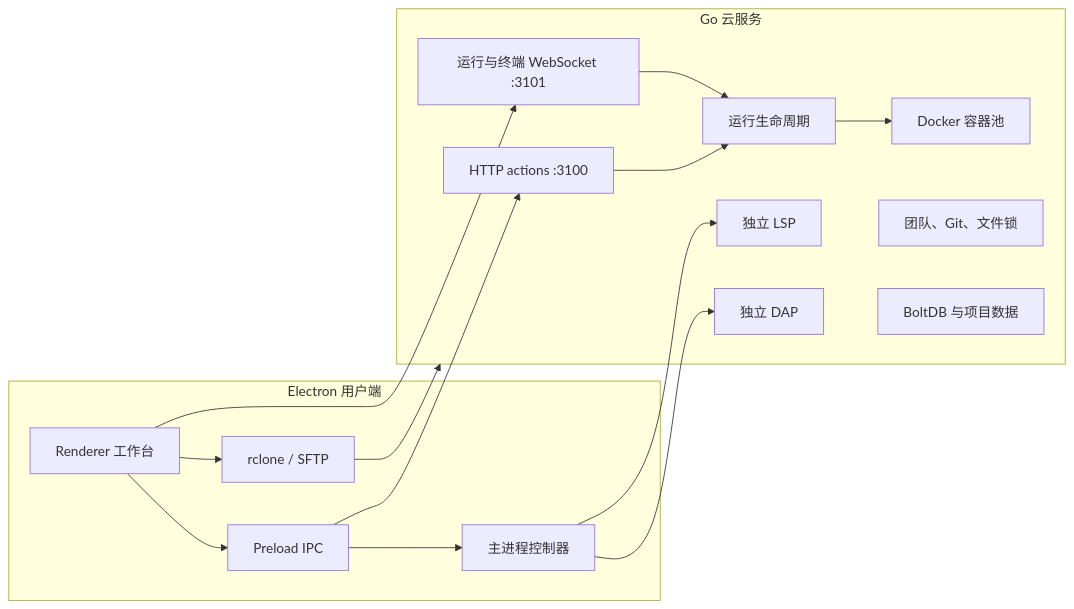
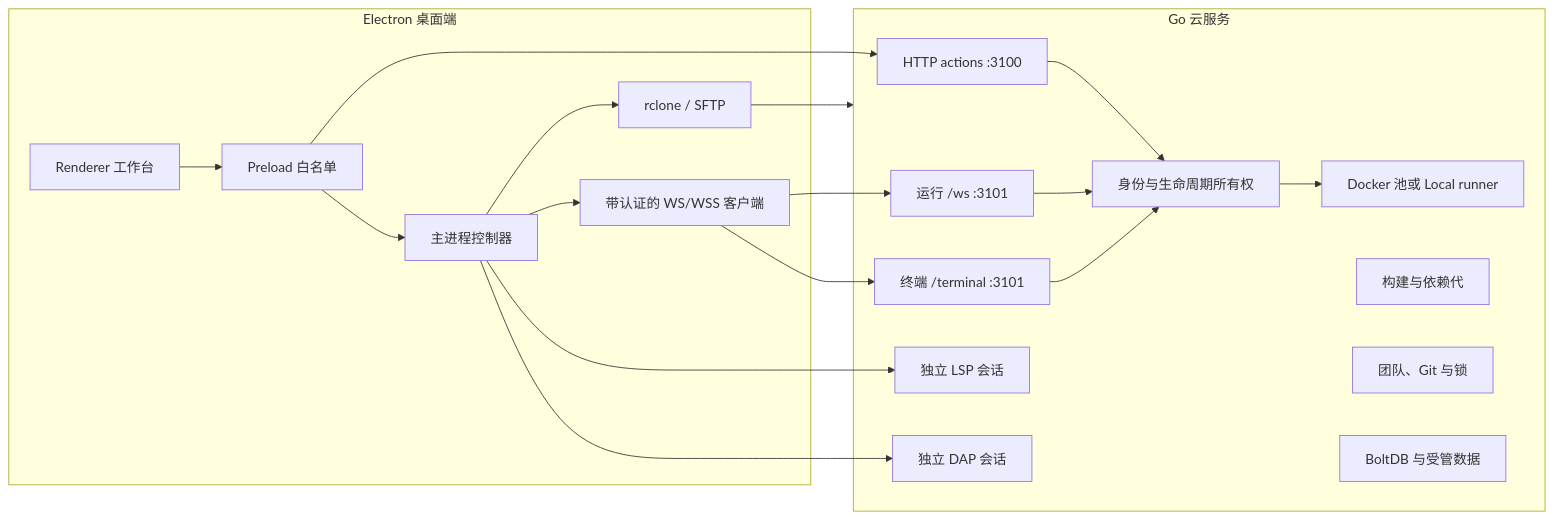
Before and after one commit to NemophilistJohn/BOBOcloud-A-cloud-based-remote-compilation-platform: the diagram in README.zh-CN.md, drawn with Mermaid. The commit also changed other lines of this file and 87 other files, not shown here.

````diff
--- a/README.zh-CN.md
+++ b/README.zh-CN.md
@@ -134,20 +193,25 @@
 ```mermaid
 flowchart LR
-  subgraph Desktop["Electron 用户端"]
-    Renderer["Renderer 工作台"] --> Preload["Preload IPC"] --> Main["主进程控制器"]
-    Renderer --> Sync["rclone / SFTP"]
+  subgraph Desktop["Electron 桌面端"]
+    UI["Renderer 工作台"] --> IPC["Preload 白名单"] --> Main["主进程控制器"]
+    Main --> Sync["rclone / SFTP"]
+    Main --> SecureWS["带认证的 WS/WSS 客户端"]
   end
-  subgraph Server["Go 云服务"]
-    HTTP["HTTP actions :3100"] --> Sessions["运行生命周期"] --> Docker["Docker 容器池"]
-    WS["运行与终端 WebSocket :3101"] --> Sessions
-    LSP["独立 LSP"]
-    DAP["独立 DAP"]
-    Collab["团队、Git、文件锁"]
-    Store["BoltDB 与项目数据"]
+  subgraph Cloud["Go 云服务"]
+    HTTP["HTTP actions :3100"] --> Lifecycle["身份与生命周期所有权"]
+    RunWS["运行 /ws :3101"] --> Lifecycle
+    TermWS["终端 /terminal :3101"] --> Lifecycle
+    Lifecycle --> Runtime["Docker 池或 Local runner"]
+    LSP["独立 LSP 会话"]
+    DAP["独立 DAP 会话"]
+    Cache["构建与依赖代"]
+    Team["团队、Git 与锁"]
+    Data["BoltDB 与受管数据"]
   end
-  Sync --> Server
-  Preload --> HTTP
-  Renderer --> WS
+  Sync --> Cloud
+  IPC --> HTTP
+  SecureWS --> RunWS
+  SecureWS --> TermWS
   Main --> LSP
   Main --> DAP
 ```
````
